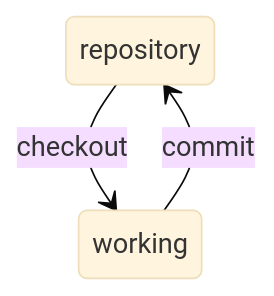
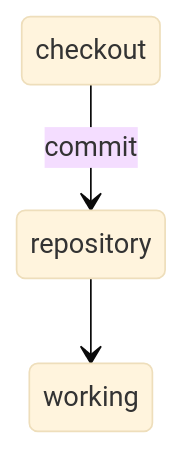
One commit to savvystrider/savvystrider.github.io changed the second of 3 diagrams in docs/what-is-git-architecture.md. Above: the diagram before and after it, drawn with Mermaid (base theme). The commit also changed 1 other file, not shown here.

Commit message:
Adds formatting changes to Git content

````diff
--- a/docs/what-is-git-architecture.md
+++ b/docs/what-is-git-architecture.md
@@ -12,5 +12,5 @@
 ``` mermaid
 stateDiagram-v2
-    repository --> working: checkout
-    working --> repository: commit
+    repository --> working directory: checkout
+    working directory --> repository: commit
 ```
````
